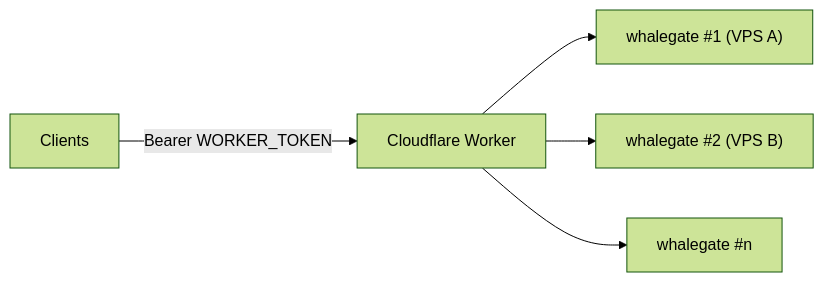
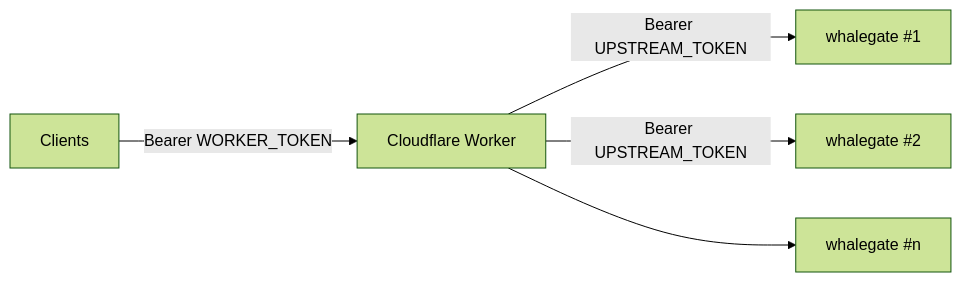
Diagram 11 of 11 in README.md (RuriMeiko/whalegate), drawn with Mermaid (forest theme) before and after one commit. The commit also changed other lines of this file and 10 other files, not shown here.

````diff
--- a/README.md
+++ b/README.md
@@ -632,7 +671,7 @@
 ```mermaid
 flowchart LR
     C[Clients] -->|Bearer WORKER_TOKEN| W["Cloudflare Worker"]
-    W --> H1["whalegate #1 (VPS A)"]
-    W --> H2["whalegate #2 (VPS B)"]
+    W -->|Bearer UPSTREAM_TOKEN| H1["whalegate #1"]
+    W -->|Bearer UPSTREAM_TOKEN| H2["whalegate #2"]
     W --> H3["whalegate #n"]
 ```
````
